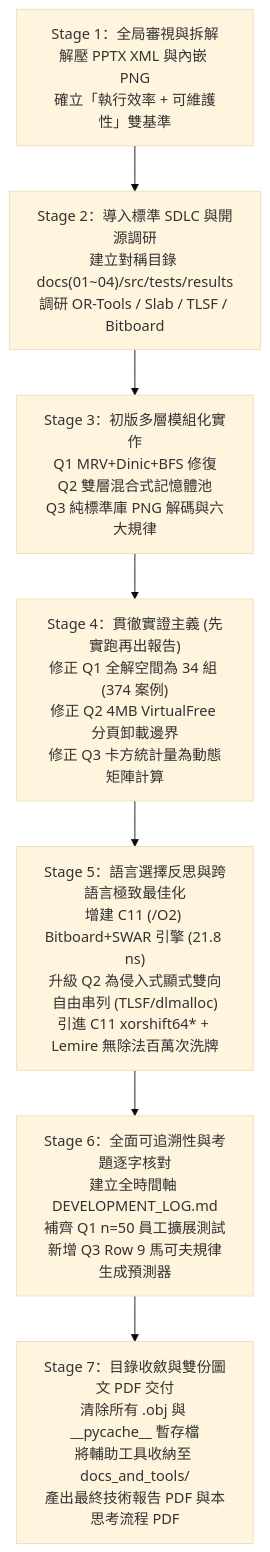
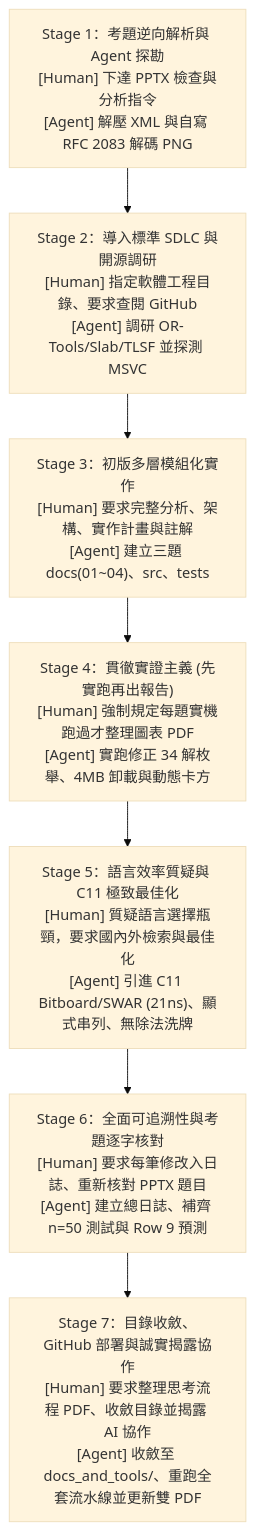
Before and after one commit to ZengZiEn/UCCapital-Assessment-2026: the diagram in docs_and_tools/WORKFLOW_AND_THOUGHT_PROCESS.md, drawn with Mermaid (base theme). The commit also changed other lines of this file and 14 other files, not shown here.

Commit message:
docs: document Human-in-the-Loop AI Agent collaboration workflow, dialogue timeline, and update PDF reports

````diff
--- a/docs_and_tools/WORKFLOW_AND_THOUGHT_PROCESS.md
+++ b/docs_and_tools/WORKFLOW_AND_THOUGHT_PROCESS.md
@@ -11,9 +26,9 @@
 ```mermaid
 flowchart TD
-    S1["Stage 1：全局審視與拆解\n解壓 PPTX XML 與內嵌 PNG\n確立「執行效率 + 可維護性」雙基準"] --> S2["Stage 2：導入標準 SDLC 與開源調研\n建立對稱目錄 docs(01~04)/src/tests/results\n調研 OR-Tools / Slab / TLSF / Bitboard"]
-    S2 --> S3["Stage 3：初版多層模組化實作\nQ1 MRV+Dinic+BFS 修復\nQ2 雙層混合式記憶體池\nQ3 純標準庫 PNG 解碼與六大規律"]
-    S3 --> S4["Stage 4：貫徹實證主義 (先實跑再出報告)\n修正 Q1 全解空間為 34 組 (374 案例)\n修正 Q2 4MB VirtualFree 分頁卸載邊界\n修正 Q3 卡方統計量為動態矩陣計算"]
-    S4 --> S5["Stage 5：語言選擇反思與跨語言極致最佳化\n增建 C11 (/O2) Bitboard+SWAR 引擎 (21.8 ns)\n升級 Q2 為侵入式顯式雙向自由串列 (TLSF/dlmalloc)\n引進 C11 xorshift64* + Lemire 無除法百萬次洗牌"]
-    S5 --> S6["Stage 6：全面可追溯性與考題逐字核對\n建立全時間軸 DEVELOPMENT_LOG.md\n補齊 Q1 n=50 員工擴展測試\n新增 Q3 Row 9 馬可夫規律生成預測器"]
-    S6 --> S7["Stage 7：目錄收斂與雙份圖文 PDF 交付\n清除所有 .obj 與 __pycache__ 暫存檔\n將輔助工具收納至 docs_and_tools/\n產出最終技術報告 PDF 與本思考流程 PDF"]
+    S1["Stage 1：考題逆向解析與 Agent 探勘\n[Human] 下達 PPTX 檢查與分析指令\n[Agent] 解壓 XML 與自寫 RFC 2083 解碼 PNG"] --> S2["Stage 2：導入標準 SDLC 與開源調研\n[Human] 指定軟體工程目錄、要求查閱 GitHub\n[Agent] 調研 OR-Tools/Slab/TLSF 並探測 MSVC"]
+    S2 --> S3["Stage 3：初版多層模組化實作\n[Human] 要求完整分析、架構、實作計畫與註解\n[Agent] 建立三題 docs(01~04)、src、tests"]
+    S3 --> S4["Stage 4：貫徹實證主義 (先實跑再出報告)\n[Human] 強制規定每題實機跑過才整理圖表 PDF\n[Agent] 實跑修正 34 解枚舉、4MB 卸載與動態卡方"]
+    S4 --> S5["Stage 5：語言效率質疑與 C11 極致最佳化\n[Human] 質疑語言選擇瓶頸，要求國內外檢索與最佳化\n[Agent] 引進 C11 Bitboard/SWAR (21ns)、顯式串列、無除法洗牌"]
+    S5 --> S6["Stage 6：全面可追溯性與考題逐字核對\n[Human] 要求每筆修改入日誌、重新核對 PPTX 題目\n[Agent] 建立總日誌、補齊 n=50 測試與 Row 9 預測"]
+    S6 --> S7["Stage 7：目錄收斂、GitHub 部署與誠實揭露協作\n[Human] 要求整理思考流程 PDF、收斂目錄並揭露 AI 協作\n[Agent] 收斂至 docs_and_tools/、重跑全套流水線並更新雙 PDF"]
 ```
````
